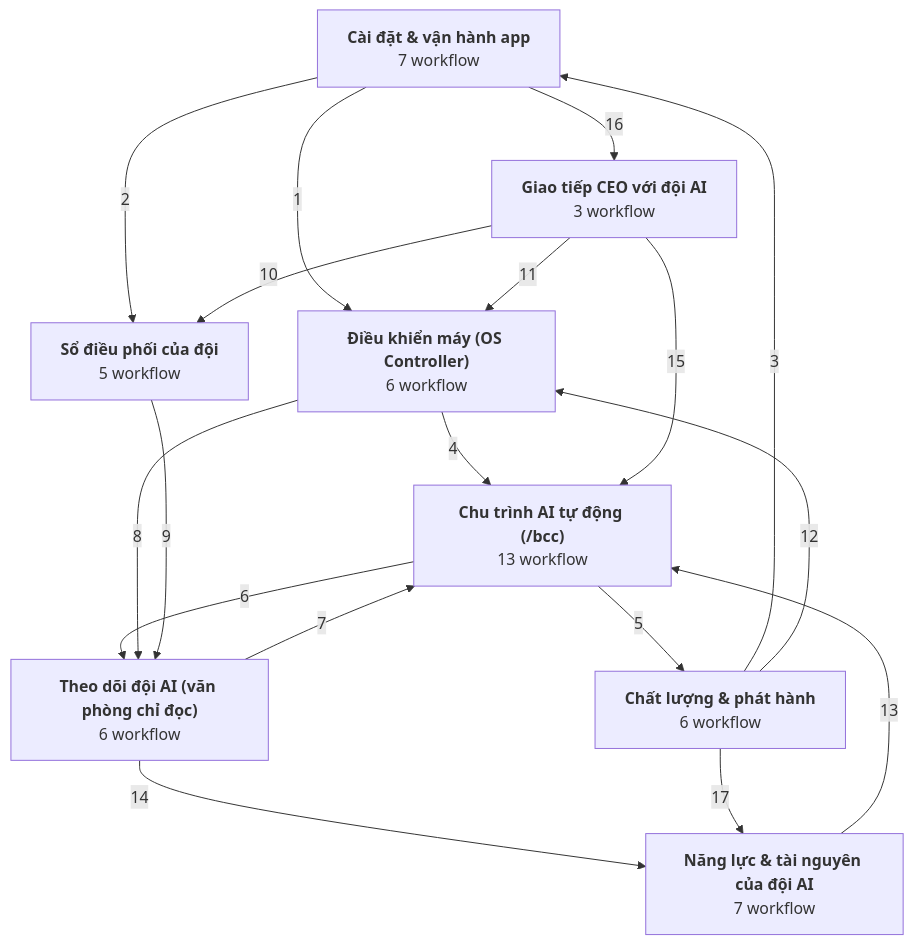
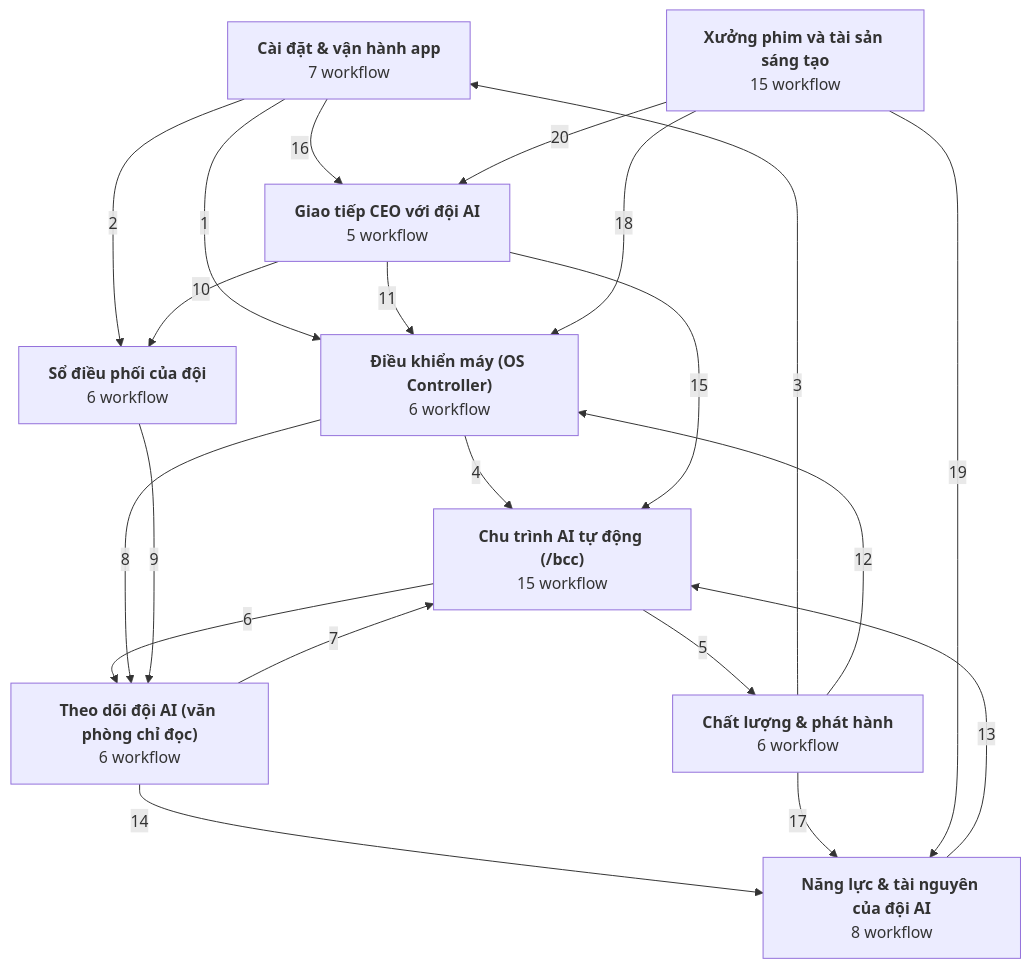
One commit to Thequancute215-sys/V-n-ph-ng-ch-nh-ph- changed the first of 12 diagrams in docs/BAN-DO-HE-THONG.md. Above: the diagram before and after it, drawn with Mermaid. The commit also changed other lines of this file and 4 other files, not shown here.

````diff
--- a/docs/BAN-DO-HE-THONG.md
+++ b/docs/BAN-DO-HE-THONG.md
@@ -15,28 +15,32 @@
 ```mermaid
 flowchart TD
   domain_cai_dat_van_hanh["<b>Cài đặt & vận hành app</b><br/>7 workflow"]
   domain_theo_doi_doi_ai["<b>Theo dõi đội AI (văn phòng chỉ đọc)</b><br/>6 workflow"]
-  domain_giao_tiep_ceo_doi["<b>Giao tiếp CEO với đội AI</b><br/>3 workflow"]
-  domain_so_dieu_phoi["<b>Sổ điều phối của đội</b><br/>5 workflow"]
-  domain_chu_trinh_ai["<b>Chu trình AI tự động (/bcc)</b><br/>13 workflow"]
-  domain_nang_luc_doi["<b>Năng lực & tài nguyên của đội AI</b><br/>7 workflow"]
+  domain_giao_tiep_ceo_doi["<b>Giao tiếp CEO với đội AI</b><br/>5 workflow"]
+  domain_so_dieu_phoi["<b>Sổ điều phối của đội</b><br/>6 workflow"]
+  domain_chu_trinh_ai["<b>Chu trình AI tự động (/bcc)</b><br/>15 workflow"]
+  domain_nang_luc_doi["<b>Năng lực & tài nguyên của đội AI</b><br/>8 workflow"]
   domain_dieu_khien_may["<b>Điều khiển máy (OS Controller)</b><br/>6 workflow"]
   domain_chat_luong_phat_hanh["<b>Chất lượng & phát hành</b><br/>6 workflow"]
+  domain_xuong_phim["<b>Xưởng phim và tài sản sáng tạo</b><br/>15 workflow"]
   domain_cai_dat_van_hanh -->|1| domain_dieu_khien_may
   domain_cai_dat_van_hanh -->|2| domain_so_dieu_phoi
   domain_chat_luong_phat_hanh -->|3| domain_cai_dat_van_hanh
   domain_dieu_khien_may -->|4| domain_chu_trinh_ai
   domain_chu_trinh_ai -->|5| domain_chat_luong_phat_hanh
   domain_chu_trinh_ai -->|6| domain_theo_doi_doi_ai
   domain_theo_doi_doi_ai -->|7| domain_chu_trinh_ai
   domain_dieu_khien_may -->|8| domain_theo_doi_doi_ai
   domain_so_dieu_phoi -->|9| domain_theo_doi_doi_ai
   domain_giao_tiep_ceo_doi -->|10| domain_so_dieu_phoi
   domain_giao_tiep_ceo_doi -->|11| domain_dieu_khien_may
   domain_chat_luong_phat_hanh -->|12| domain_dieu_khien_may
   domain_nang_luc_doi -->|13| domain_chu_trinh_ai
   domain_theo_doi_doi_ai -->|14| domain_nang_luc_doi
   domain_giao_tiep_ceo_doi -->|15| domain_chu_trinh_ai
   domain_cai_dat_van_hanh -->|16| domain_giao_tiep_ceo_doi
   domain_chat_luong_phat_hanh -->|17| domain_nang_luc_doi
+  domain_xuong_phim -->|18| domain_dieu_khien_may
+  domain_xuong_phim -->|19| domain_nang_luc_doi
+  domain_xuong_phim -->|20| domain_giao_tiep_ceo_doi
 ```
````
